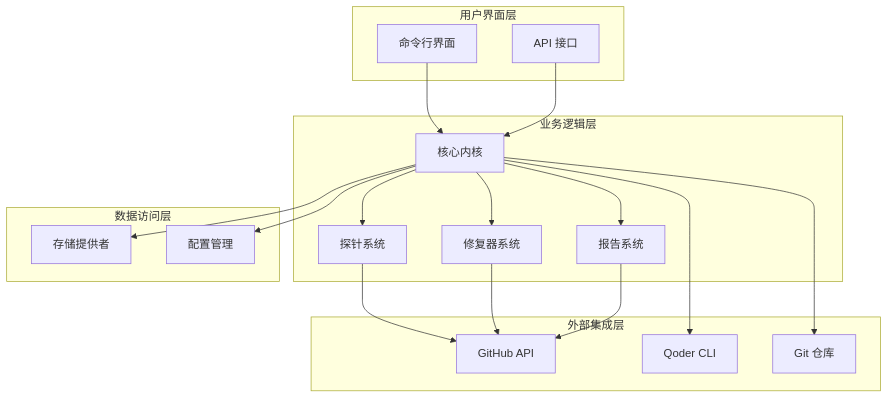
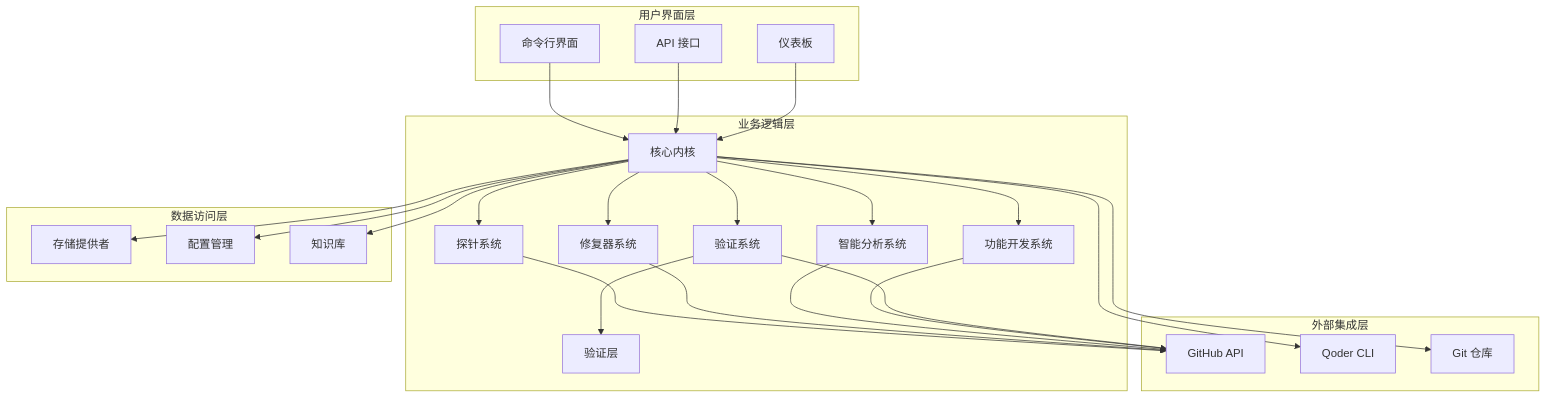
Before and after one commit to pinsonchen/vivify: the second of 6 diagrams in .qoder/repowiki/zh/content/项目概述.md, drawn with Mermaid. The commit also changed other lines of this file and 25 other files, not shown here.

````diff
--- a/.qoder/repowiki/zh/content/项目概述.md
+++ b/.qoder/repowiki/zh/content/项目概述.md
@@ -100,34 +120,46 @@
 ```mermaid
 graph TB
 subgraph "用户界面层"
 CLI[命令行界面]
 API[API 接口]
+Dashboard[仪表板]
 end
 subgraph "业务逻辑层"
 Kernel[核心内核]
 Probes[探针系统]
 Fixers[修复器系统]
-Reporter[报告系统]
+Intelligence[智能分析系统]
+Development[功能开发系统]
+Verification[验证系统]
+Harness[验证层]
 end
 subgraph "数据访问层"
 Storage[存储提供者]
 Config[配置管理]
+Knowledge[知识库]
 end
 subgraph "外部集成层"
 GitHub[GitHub API]
 QoderCLI[Qoder CLI]
 Git[Git 仓库]
 end
 CLI --> Kernel
 API --> Kernel
+Dashboard --> Kernel
 Kernel --> Probes
 Kernel --> Fixers
-Kernel --> Reporter
+Kernel --> Intelligence
+Kernel --> Development
+Kernel --> Verification
+Verification --> Harness
 Kernel --> Storage
 Kernel --> Config
+Kernel --> Knowledge
 Probes --> GitHub
 Fixers --> GitHub
-Reporter --> GitHub
+Intelligence --> GitHub
+Development --> GitHub
+Verification --> GitHub
 Kernel --> QoderCLI
 Kernel --> Git
 ```
````
